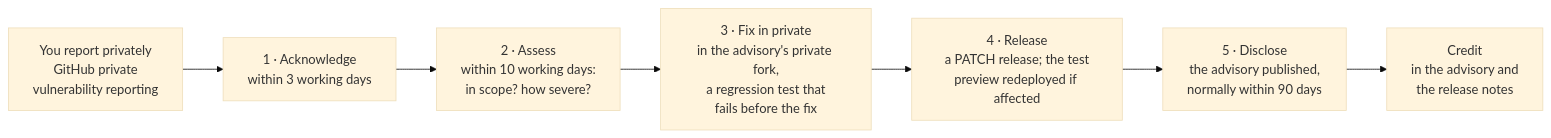
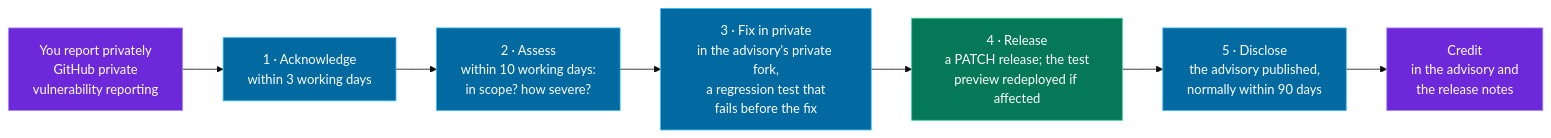
The first of 2 diagrams in SECURITY.md (agamemnon-coder/x402-business-agents), drawn with Mermaid (base theme) before and after one commit. The commit also changed other lines of this file and 8 other files, not shown here.

First line of the commit message:
README and SECURITY.md in colour: badges by meaning, palette Mermaid, the money path animated

````diff
--- a/SECURITY.md
+++ b/SECURITY.md
@@ -50,9 +50,12 @@
 ```mermaid
 flowchart LR
-  R["You report privately<br/>GitHub private<br/>vulnerability reporting"] --> A1["1 · Acknowledge<br/>within 3 working days"]
-  A1 --> A2["2 · Assess<br/>within 10 working days:<br/>in scope? how severe?"]
-  A2 --> A3["3 · Fix in private<br/>in the advisory's private fork,<br/>a regression test that<br/>fails before the fix"]
-  A3 --> A4["4 · Release<br/>a PATCH release; the test<br/>preview redeployed if affected"]
-  A4 --> A5["5 · Disclose<br/>the advisory published,<br/>normally within 90 days"]
-  A5 --> C["Credit<br/>in the advisory and<br/>the release notes"]
+  R["You report privately<br/>GitHub private<br/>vulnerability reporting"]:::purser --> A1["1 · Acknowledge<br/>within 3 working days"]:::cash
+  A1 --> A2["2 · Assess<br/>within 10 working days:<br/>in scope? how severe?"]:::cash
+  A2 --> A3["3 · Fix in private<br/>in the advisory's private fork,<br/>a regression test that<br/>fails before the fix"]:::cash
+  A3 --> A4["4 · Release<br/>a PATCH release; the test<br/>preview redeployed if affected"]:::paid
+  A4 --> A5["5 · Disclose<br/>the advisory published,<br/>normally within 90 days"]:::cash
+  A5 --> C["Credit<br/>in the advisory and<br/>the release notes"]:::purser
+  classDef purser fill:#6d28d9,stroke:#a78bfa,color:#fff
+  classDef cash fill:#0369a1,stroke:#38bdf8,color:#fff
+  classDef paid fill:#047857,stroke:#34d399,color:#fff
 ```
````
